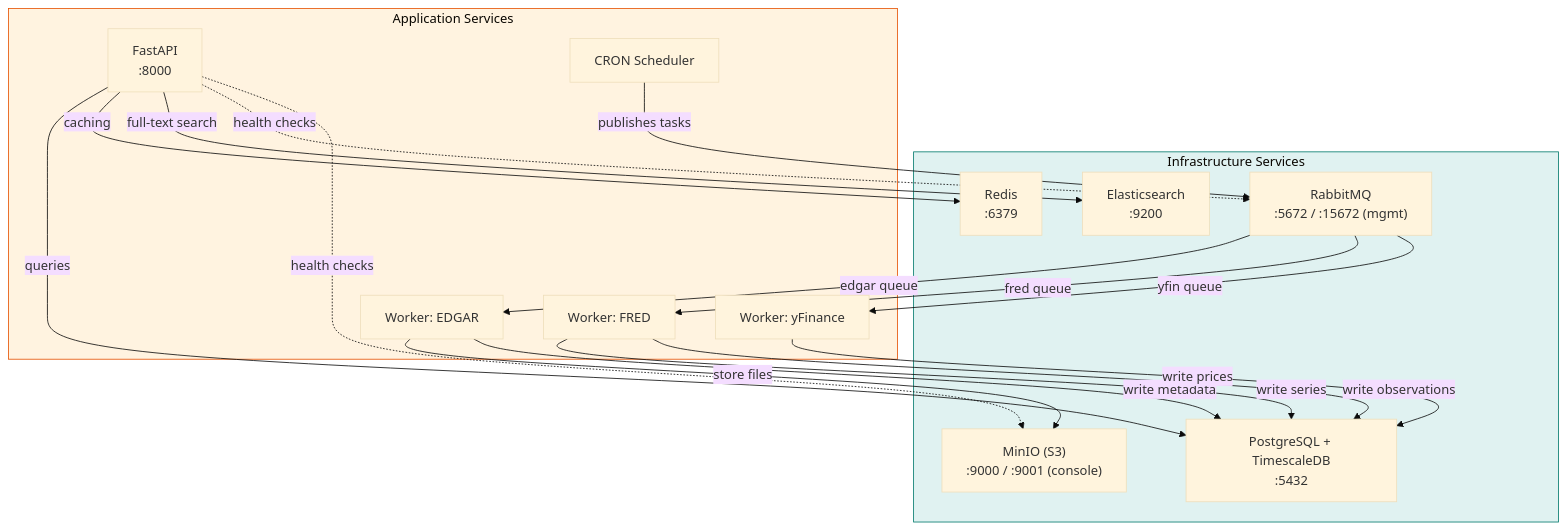
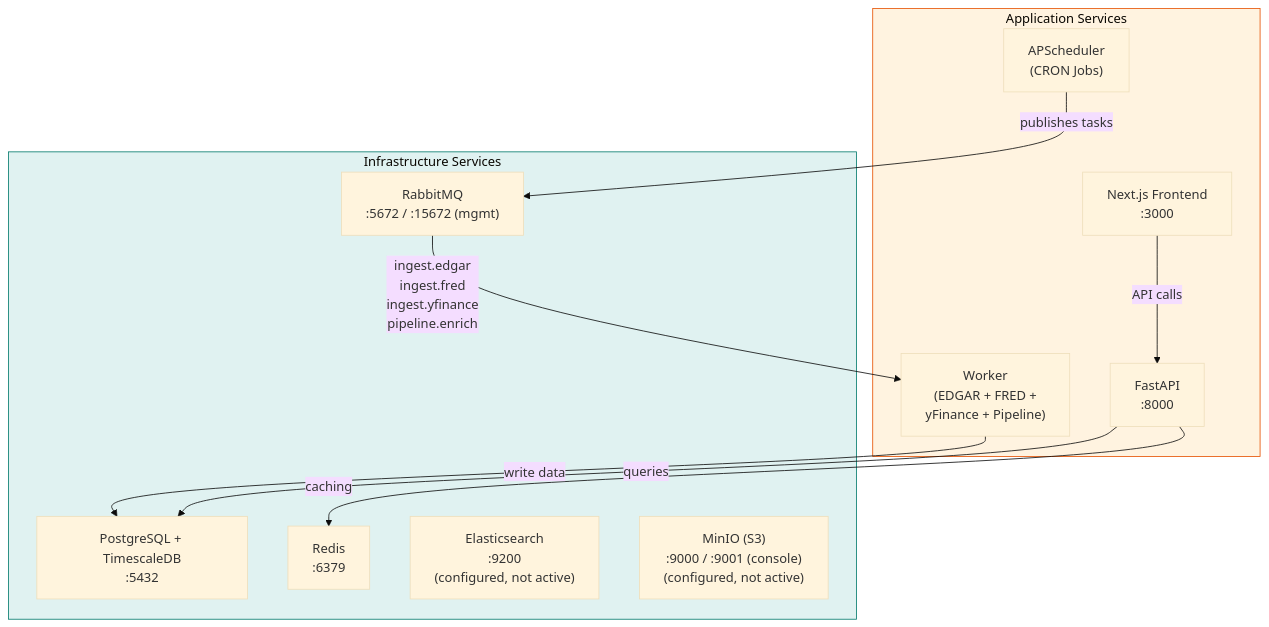
The seventh of 10 diagrams in system-design/architecture.md (shantanumahale/excella), drawn with Mermaid (base theme) before and after one commit. The commit also changed other lines of this file and 7 other files, not shown here.

````diff
--- a/system-design/architecture.md
+++ b/system-design/architecture.md
@@ -432,40 +563,30 @@
 ```mermaid
 flowchart TB
     subgraph Infrastructure["Infrastructure Services"]
         PG["PostgreSQL + TimescaleDB\n:5432"]
         REDIS["Redis\n:6379"]
         RMQ["RabbitMQ\n:5672 / :15672 (mgmt)"]
-        ES["Elasticsearch\n:9200"]
-        MINIO["MinIO (S3)\n:9000 / :9001 (console)"]
+        ES["Elasticsearch\n:9200\n(configured, not active)"]
+        MINIO["MinIO (S3)\n:9000 / :9001 (console)\n(configured, not active)"]
     end
 
     subgraph Application["Application Services"]
         API["FastAPI\n:8000"]
-        SCHED["CRON Scheduler"]
-        W_EDGAR["Worker: EDGAR"]
-        W_FRED["Worker: FRED"]
-        W_YFIN["Worker: yFinance"]
+        SCHED["APScheduler\n(CRON Jobs)"]
+        WORKER["Worker\n(EDGAR + FRED +\nyFinance + Pipeline)"]
+        FE["Next.js Frontend\n:3000"]
     end
 
+    FE -->|"API calls"| API
     API -->|"queries"| PG
     API -->|"caching"| REDIS
-    API -->|"full-text search"| ES
 
     SCHED -->|"publishes tasks"| RMQ
 
-    RMQ -->|"edgar queue"| W_EDGAR
-    RMQ -->|"fred queue"| W_FRED
-    RMQ -->|"yfin queue"| W_YFIN
+    RMQ -->|"ingest.edgar\ningest.fred\ningest.yfinance\npipeline.enrich"| WORKER
 
-    W_EDGAR -->|"store files"| MINIO
-    W_EDGAR -->|"write metadata"| PG
-    W_FRED -->|"write series"| PG
-    W_FRED -->|"write observations"| PG
-    W_YFIN -->|"write prices"| PG
-
-    API -.->|"health checks"| RMQ
-    API -.->|"health checks"| MINIO
+    WORKER -->|"write data"| PG
 
     style Infrastructure fill:#e0f2f1,stroke:#00796B
     style Application fill:#fff3e0,stroke:#E65100
 ```
````
